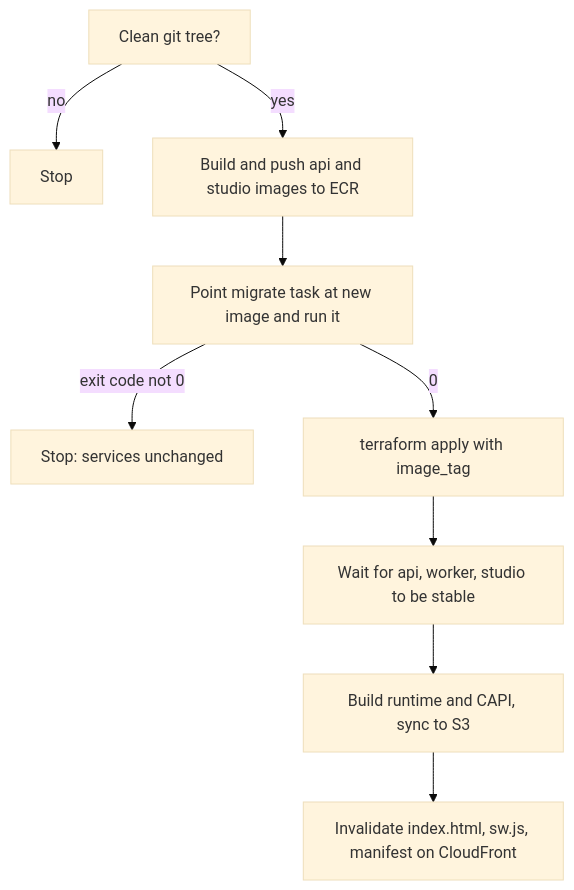
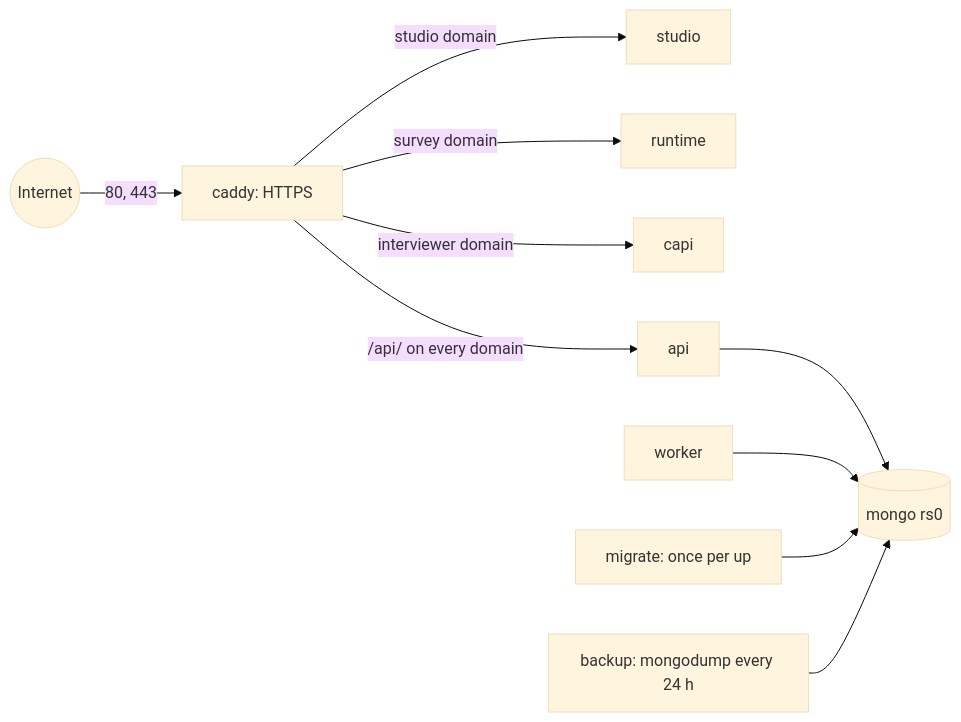
The diagram in docs/handbook/DEPLOYMENT.md (kunalsharma-ai/SampCode), drawn with Mermaid (base theme) before and after one commit. The commit also changed other lines of this file and 60 other files, not shown here.

````diff
--- a/docs/handbook/DEPLOYMENT.md
+++ b/docs/handbook/DEPLOYMENT.md
@@ -133,11 +96,12 @@
 ```mermaid
-flowchart TD
-  A[Clean git tree?] -->|no| X[Stop]
-  A -->|yes| B[Build and push api and studio images to ECR]
-  B --> C[Point migrate task at new image and run it]
-  C -->|exit code not 0| Y[Stop: services unchanged]
-  C -->|0| D[terraform apply with image_tag]
-  D --> E[Wait for api, worker, studio to be stable]
-  E --> F[Build runtime and CAPI, sync to S3]
-  F --> G[Invalidate index.html, sw.js, manifest on CloudFront]
+flowchart LR
+  I((Internet)) -->|80, 443| C[caddy: HTTPS]
+  C -->|studio domain| S[studio]
+  C -->|survey domain| R[runtime]
+  C -->|interviewer domain| P[capi]
+  C -->|/api/ on every domain| A[api]
+  A --> M[(mongo rs0)]
+  W[worker] --> M
+  G[migrate: once per up] --> M
+  B[backup: mongodump every 24 h] --> M
 ```
````
